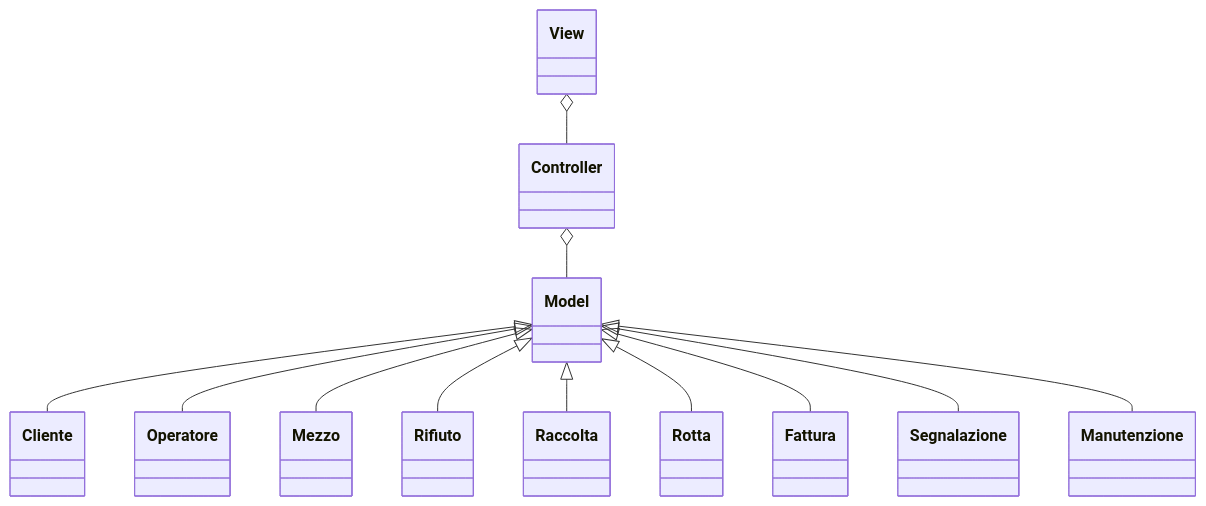
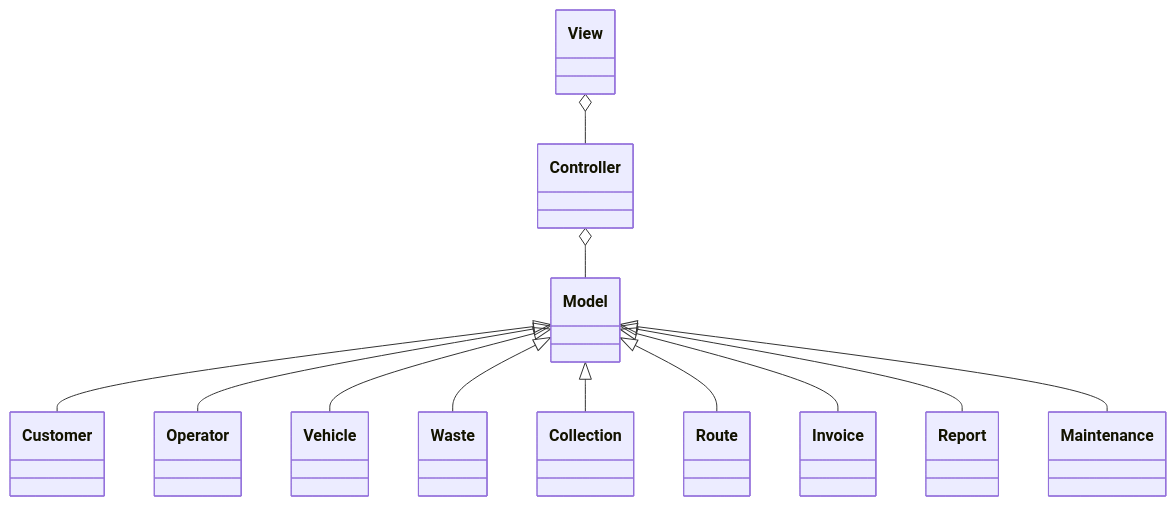
Before and after one commit to Alex-Cambrini/pss24-25-WasteMaster-Cambrini-Ferrari-Ragazzini: the second of 8 diagrams in README.md, drawn with Mermaid. The commit also changed other lines of this file, not shown here.

````diff
--- a/README.md
+++ b/README.md
@@ -102,15 +103,15 @@
 ```mermaid
 classDiagram
-    Model <|-- Cliente
-    Model <|-- Operatore
-    Model <|-- Mezzo
-    Model <|-- Rifiuto
-    Model <|-- Raccolta
-    Model <|-- Rotta
-    Model <|-- Fattura
-    Model <|-- Segnalazione
-    Model <|-- Manutenzione
+    Model <|-- Customer
+    Model <|-- Operator
+    Model <|-- Vehicle
+    Model <|-- Waste
+    Model <|-- Collection
+    Model <|-- Route
+    Model <|-- Invoice
+    Model <|-- Report
+    Model <|-- Maintenance
 
     Controller o-- Model
     View o-- Controller
 ```
````
